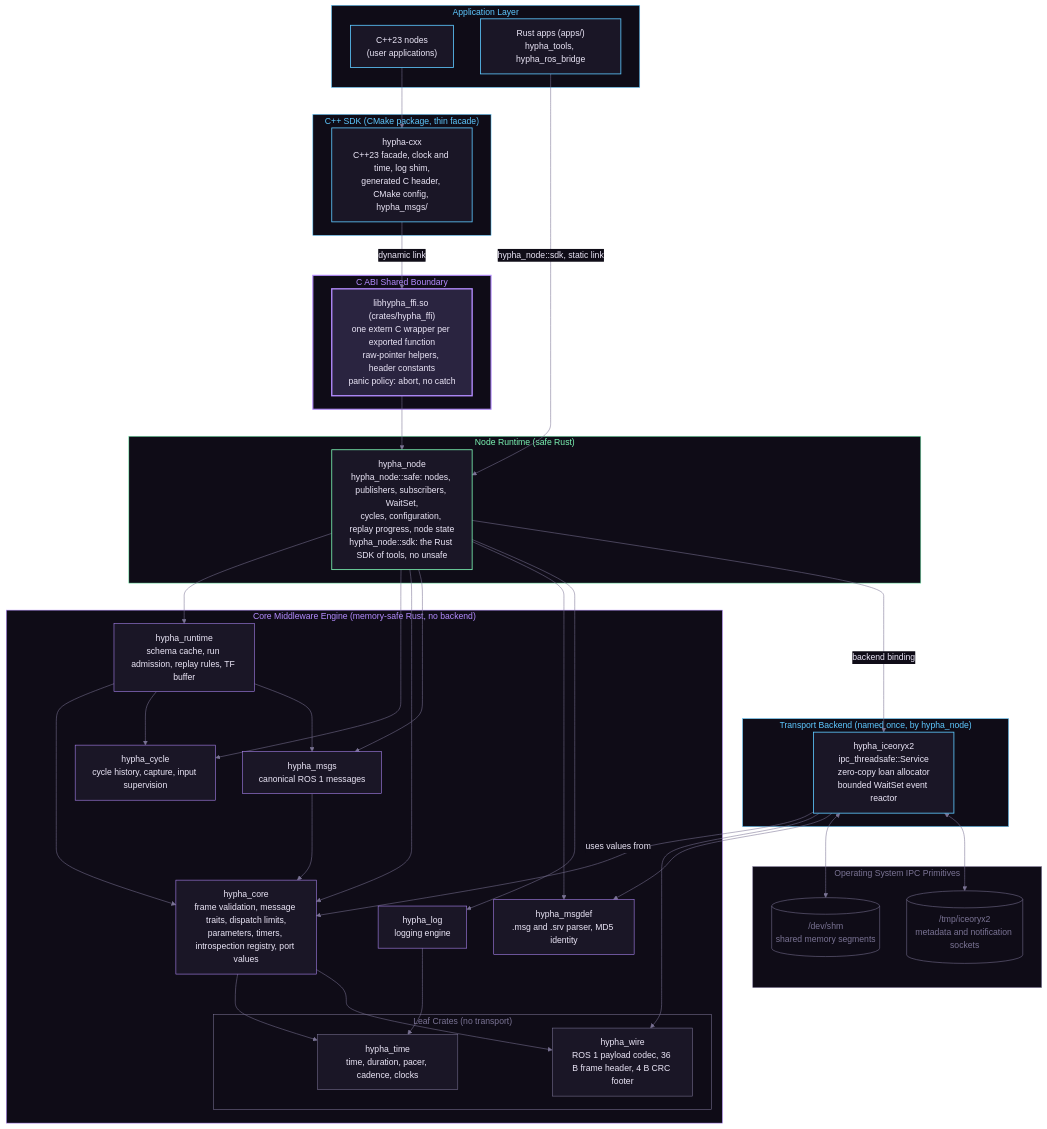
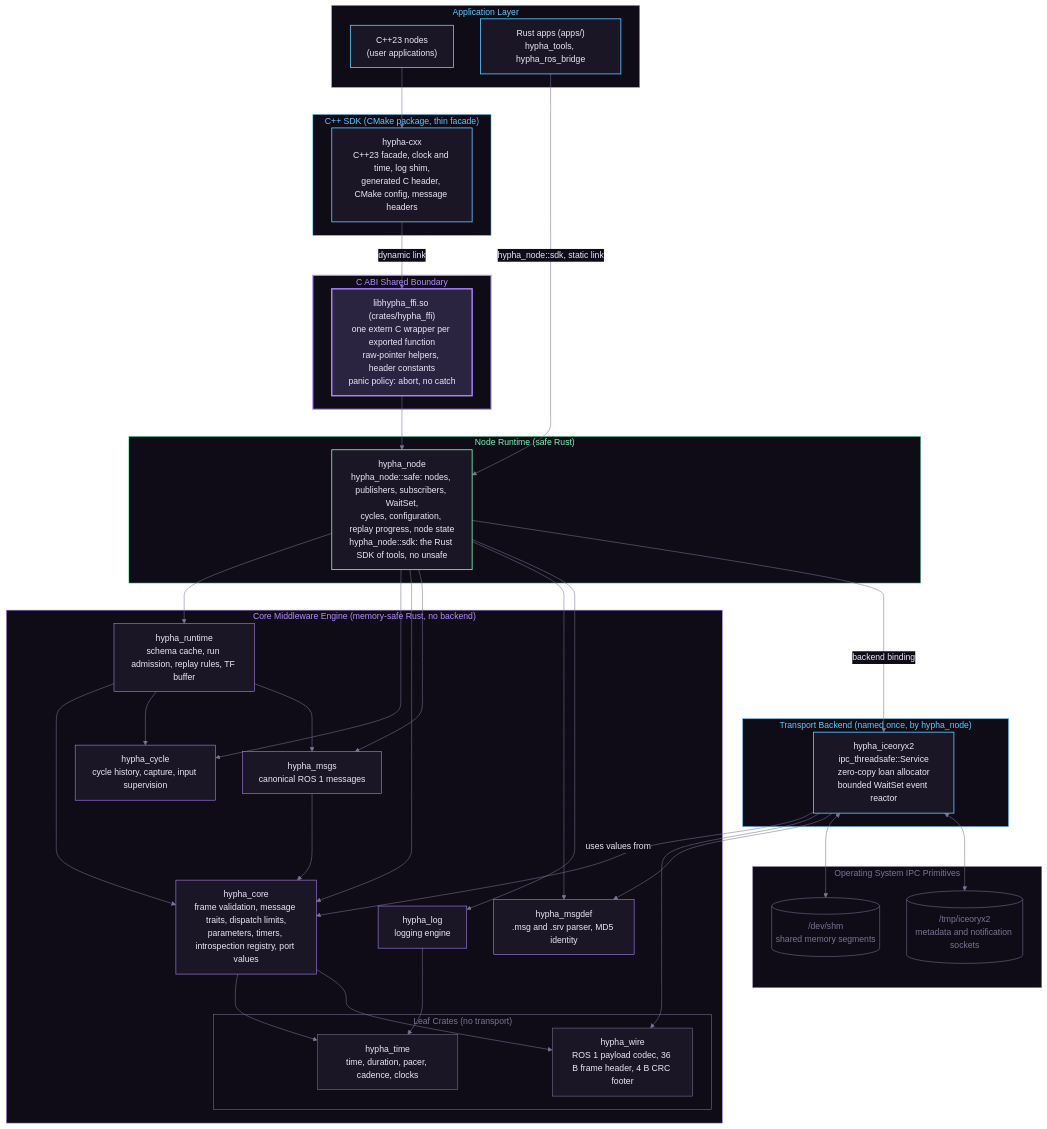
One commit to sdig-vit-petrik/Hypha changed the diagram in docs/architecture.md. Above: the diagram before and after it, drawn with Mermaid. The commit also changed other lines of this file and 96 other files, not shown here.

First line of the commit message:
Message headers at <package>/<Name>.h, without the hypha_msgs/ prefix

```diff
--- a/docs/architecture.md
+++ b/docs/architecture.md
@@ -30,7 +30,7 @@
     end
 
     subgraph CXX_SDK["C++ SDK (CMake package, thin facade)"]
-        OS_CXX["hypha-cxx<br/>C++23 facade, clock and time, log shim,<br/>generated C header, CMake config, hypha_msgs/"]
+        OS_CXX["hypha-cxx<br/>C++23 facade, clock and time, log shim,<br/>generated C header, CMake config, message headers"]
     end
 
     CPP_NODE --> OS_CXX
```
